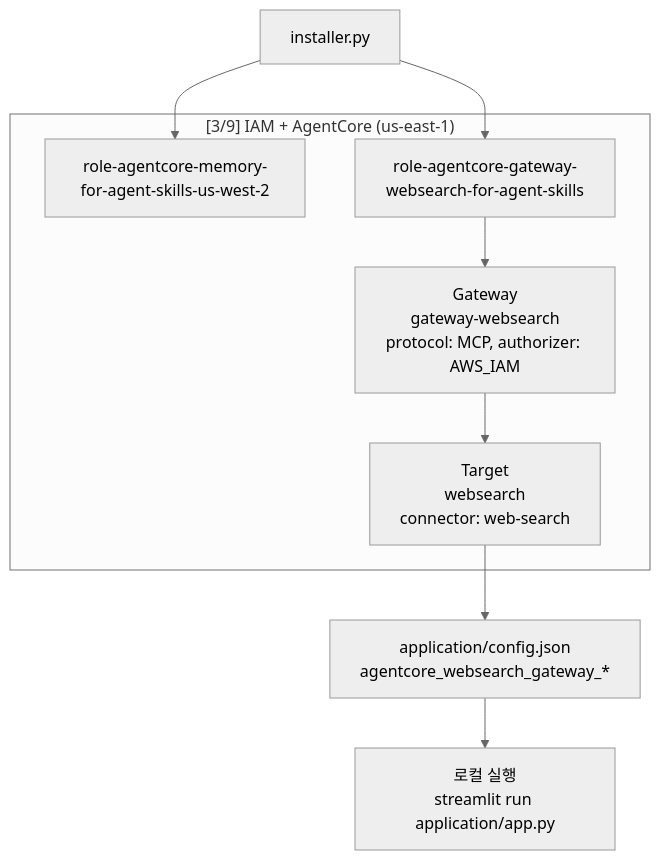
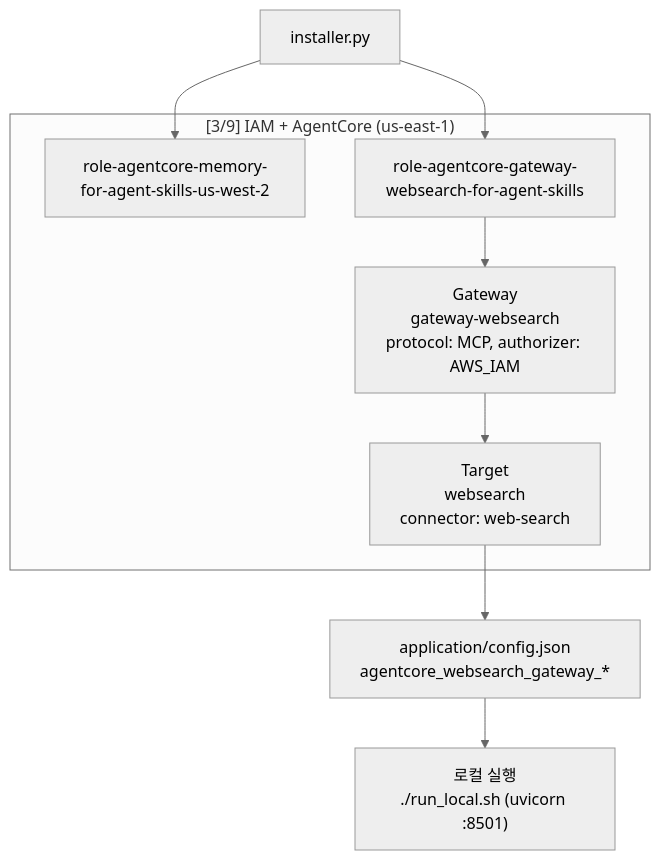
One commit to kyopark2014/agent-skills changed the first of 3 diagrams in websearch.md. Above: the diagram before and after it, drawn with Mermaid (neutral theme). The commit also changed other lines of this file and 101 other files, not shown here.

````diff
--- a/websearch.md
+++ b/websearch.md
@@ -11,21 +11,21 @@
 ```mermaid
 flowchart TB
   INS["installer.py"]
 
   subgraph Step3["[3/9] IAM + AgentCore (us-east-1)"]
     MEM["role-agentcore-memory-for-agent-skills-us-west-2"]
     ROLE["role-agentcore-gateway-websearch-for-agent-skills"]
     GW["Gateway\ngateway-websearch\nprotocol: MCP, authorizer: AWS_IAM"]
     TGT["Target\nwebsearch\nconnector: web-search"]
   end
 
   CFG["application/config.json\nagentcore_websearch_gateway_*"]
-  RUN["로컬 실행\nstreamlit run application/app.py"]
+  RUN["로컬 실행\n./run_local.sh (uvicorn :8501)"]
 
   INS --> MEM
   INS --> ROLE
   ROLE --> GW
   GW --> TGT
   TGT --> CFG
   CFG --> RUN
 ```
````
